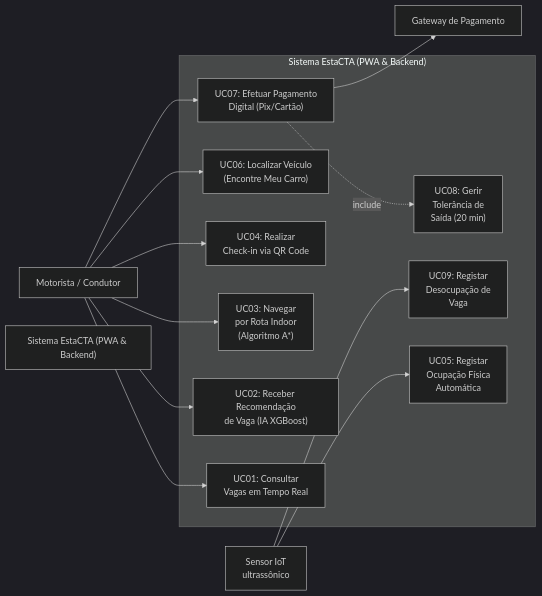
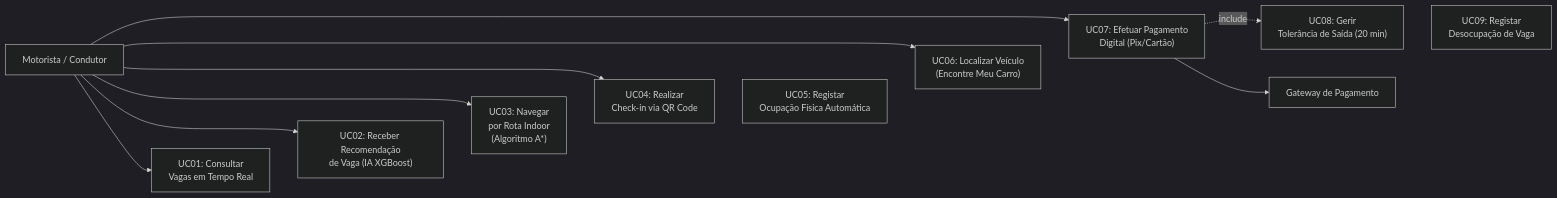
One commit to rafaelvaz-arch/teste-ADS-ESTACIA changed the first of 2 diagrams in docs/Casos_de_uso.md. Above: the diagram before and after it, drawn with Mermaid (dark theme). The commit also changed other lines of this file, not shown here.

````diff
--- a/docs/Casos_de_uso.md
+++ b/docs/Casos_de_uso.md
@@ -3,42 +5,36 @@
 ``` mermaid
 flowchart LR
     M[Motorista / Condutor]
-    I[Sensor IoT<br/>ultrassônico]
-    S["Sistema EstaCTA (PWA & Backend)"]
+
+    UC01["UC01: Consultar<br/>Vagas em Tempo Real"]
+    UC02["UC02: Receber Recomendação<br/>de Vaga (IA XGBoost)"]
+    UC03["UC03: Navegar<br/>por Rota Indoor<br/>(Algoritmo A*)"]
+    UC04["UC04: Realizar<br/>Check-in via QR Code"]
+    UC05["UC05: Registar<br/>Ocupação Física Automática"]
+    UC06["UC06: Localizar Veículo<br/>(Encontre Meu Carro)"]
+    UC07["UC07: Efetuar Pagamento<br/>Digital (Pix/Cartão)"]
+    UC08["UC08: Gerir<br/>Tolerância de Saída (20 min)"]
+    UC09["UC09: Registar<br/>Desocupação de Vaga"]
+
     G[Gateway de Pagamento]
 
-    UC1["UC01: Consultar<br/>Vagas em Tempo Real"]
-    UC2["UC02: Receber Recomendação<br/>de Vaga (IA XGBoost)"]
-    UC3["UC03: Navegar<br/>por Rota Indoor<br/>(Algoritmo A*)"]
-    UC4["UC04: Realizar<br/>Check-in via QR Code"]
-    UC6["UC06: Localizar Veículo<br/>(Encontre Meu Carro)"]
-    UC7["UC07: Efetuar Pagamento<br/>Digital (Pix/Cartão)"]
-    UC8["UC08: Gerir<br/>Tolerância de<br/>Saída (20 min)"]
-    UC5["UC05: Registar<br/>Ocupação Física<br/>Automática"]
-    UC9["UC09: Registar<br/>Desocupação de<br/>Vaga"]
+    M --> UC01
+    M --> UC02
+    M --> UC03
+    M --> UC04
+    M --> UC06
+    M --> UC07
 
-    M --> UC1
-    M --> UC2
-    M --> UC3
-    M --> UC4
-    M --> UC6
-    M --> UC7
+    UC07 -. include .-> UC08
+    UC07 --> G
 
-    I --> UC5
-    I --> UC9
-
-    UC7 -. include .-> UC8
-    UC7 --> G
-
-    subgraph SISTEMA["Sistema EstaCTA (PWA & Backend)"]
-        UC1
-        UC2
-        UC3
-        UC4
-        UC6
-        UC7
-        UC8
-        UC5
-        UC9
-    end
+    %% Organização visual dos casos de uso
+    UC01 ~~~ UC02
+    UC02 ~~~ UC03
+    UC03 ~~~ UC04
+    UC04 ~~~ UC05
+    UC05 ~~~ UC06
+    UC06 ~~~ UC07
+    UC07 ~~~ UC08
+    UC08 ~~~ UC09
 ```
````
